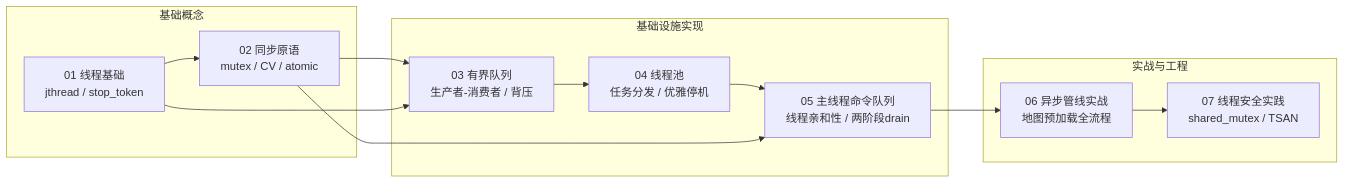
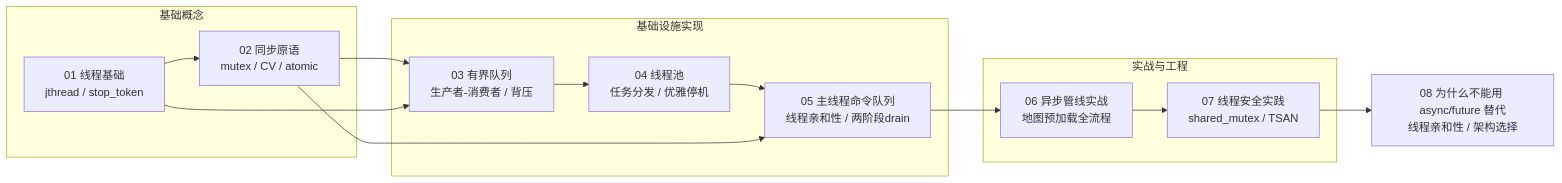
One commit to WispSnow/TinyFarmRPG changed the diagram in docs/tutorial/multi-thread/README.md. Above: the diagram before and after it, drawn with Mermaid. The commit also changed other lines of this file and 1 other file, not shown here.

Commit message:
新增文档章节，详细探讨为何不能用 std::async 和 std::future 替代现有的多线程架构，分析线程亲和性和跨线程提交执行的关键问题。同时更新多线程教程的目录以包含新章节。

````diff
--- a/docs/tutorial/multi-thread/README.md
+++ b/docs/tutorial/multi-thread/README.md
@@ -26,22 +27,23 @@
 ```mermaid
 graph LR
     subgraph 基础概念
         A["01 线程基础<br/>jthread / stop_token"]
         B["02 同步原语<br/>mutex / CV / atomic"]
     end
 
     subgraph 基础设施实现
         C["03 有界队列<br/>生产者-消费者 / 背压"]
         D["04 线程池<br/>任务分发 / 优雅停机"]
         E["05 主线程命令队列<br/>线程亲和性 / 两阶段drain"]
     end
 
     subgraph 实战与工程
         F["06 异步管线实战<br/>地图预加载全流程"]
         G["07 线程安全实践<br/>shared_mutex / TSAN"]
     end
 
     A --> B --> C --> D --> E --> F --> G
+    G --> H["08 为什么不能用 async/future 替代<br/>线程亲和性 / 架构选择"]
     A --> C
     B --> E
 ```
````
